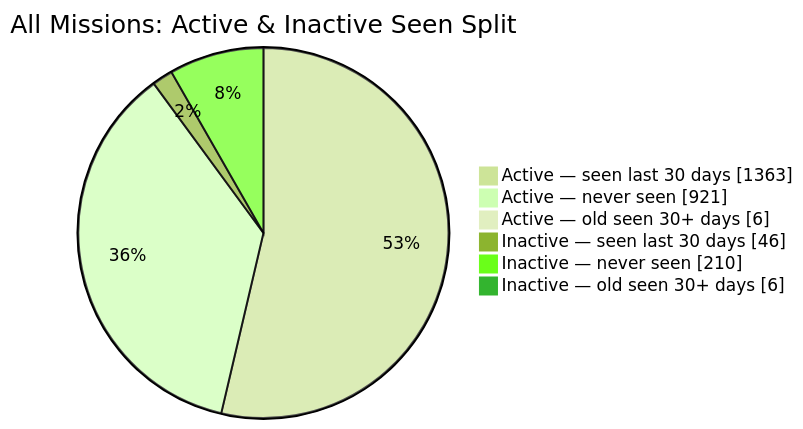
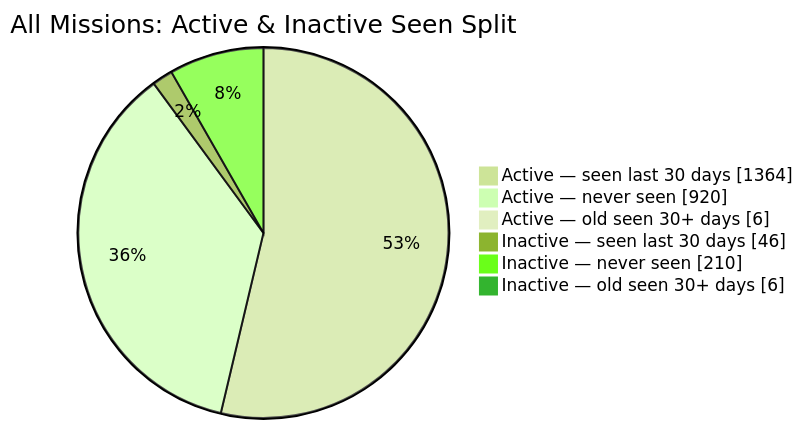
The second of 2 diagrams in README.md (MeldkamerspelGameTeam/active-missions), drawn with Mermaid (forest theme) before and after one commit. The commit also changed other lines of this file and 3 other files, not shown here.

````diff
--- a/README.md
+++ b/README.md
@@ -44,10 +44,10 @@
 ```mermaid
 pie showData
     title All Missions: Active & Inactive Seen Split
-    "Active — seen last 30 days" : 1363
-    "Active — never seen" : 921
+    "Active — seen last 30 days" : 1364
+    "Active — never seen" : 920
     "Active — old seen 30+ days" : 6
     "Inactive — seen last 30 days" : 46
     "Inactive — never seen" : 210
     "Inactive — old seen 30+ days" : 6
 ```
````
